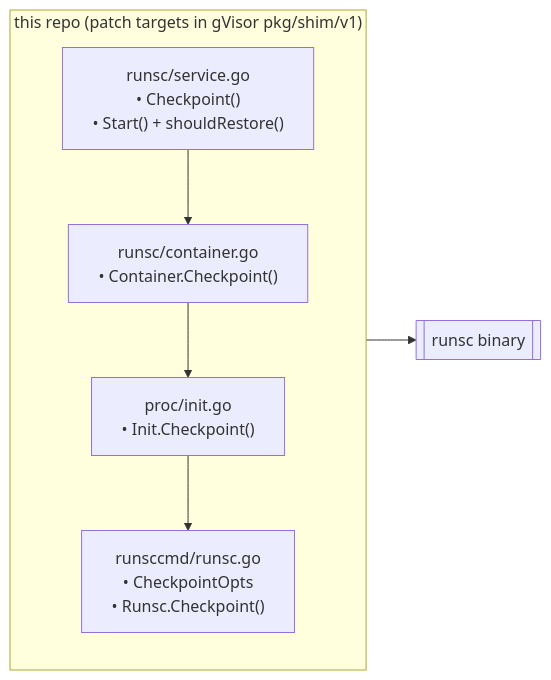
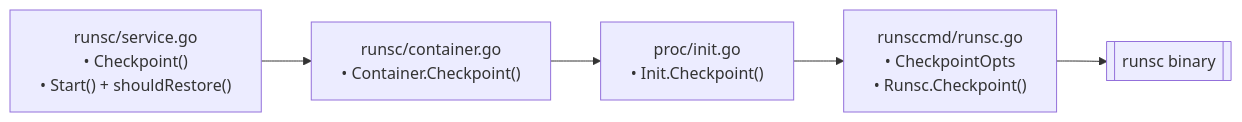
The seventh of 7 diagrams in docs/flows.md (mayur-tolexo/runsc-task-restore), drawn with Mermaid before and after one commit. The commit also changed other lines of this file and 10 other files, not shown here.

First line of the commit message:
whole-sandbox restore: working pod checkpoint/restore/fork

````diff
--- a/docs/flows.md
+++ b/docs/flows.md
@@ -132,11 +123,8 @@
 ```mermaid
 flowchart LR
-    subgraph repo["this repo (patch targets in gVisor pkg/shim/v1)"]
-      direction TB
-      svc["runsc/service.go\n• Checkpoint()\n• Start() + shouldRestore()"]
-      cont["runsc/container.go\n• Container.Checkpoint()"]
-      init["proc/init.go\n• Init.Checkpoint()"]
-      cmd["runsccmd/runsc.go\n• CheckpointOpts\n• Runsc.Checkpoint()"]
-    end
+    svc["runsc/service.go\n• Checkpoint()\n• Start() + shouldRestore()"]
+    cont["runsc/container.go\n• Container.Checkpoint()"]
+    init["proc/init.go\n• Init.Checkpoint()"]
+    cmd["runsccmd/runsc.go\n• CheckpointOpts\n• Runsc.Checkpoint()"]
     svc --> cont --> init --> cmd --> runsc[["runsc binary"]]
 ```
````
